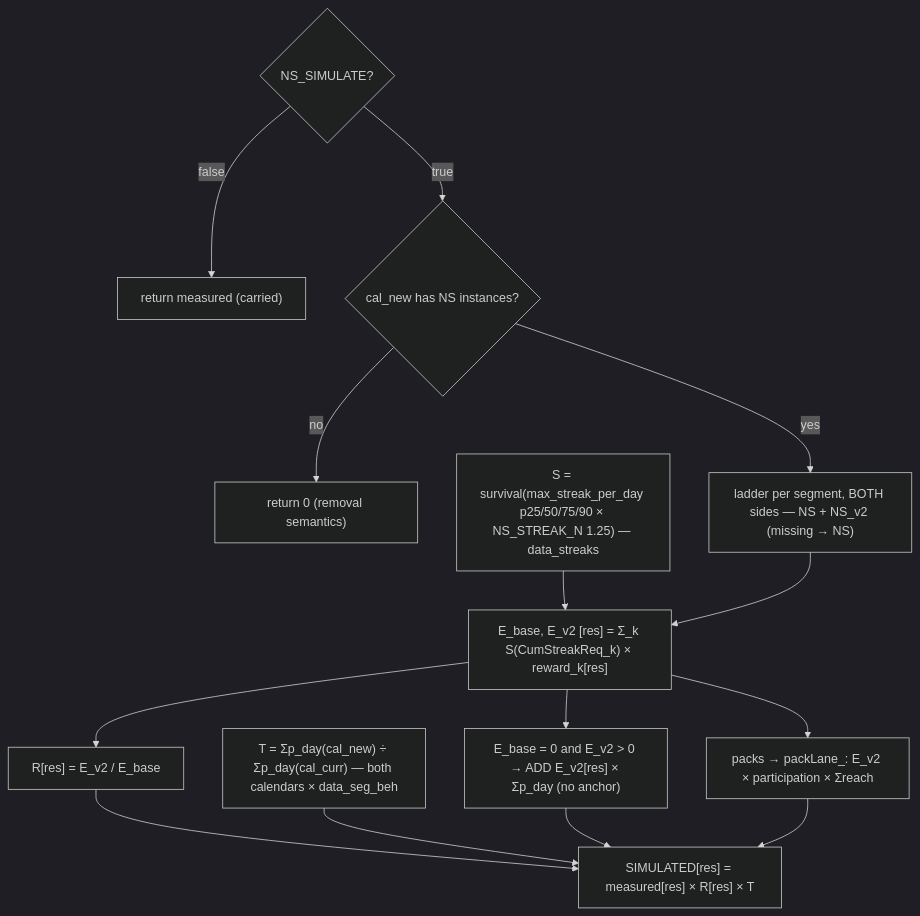
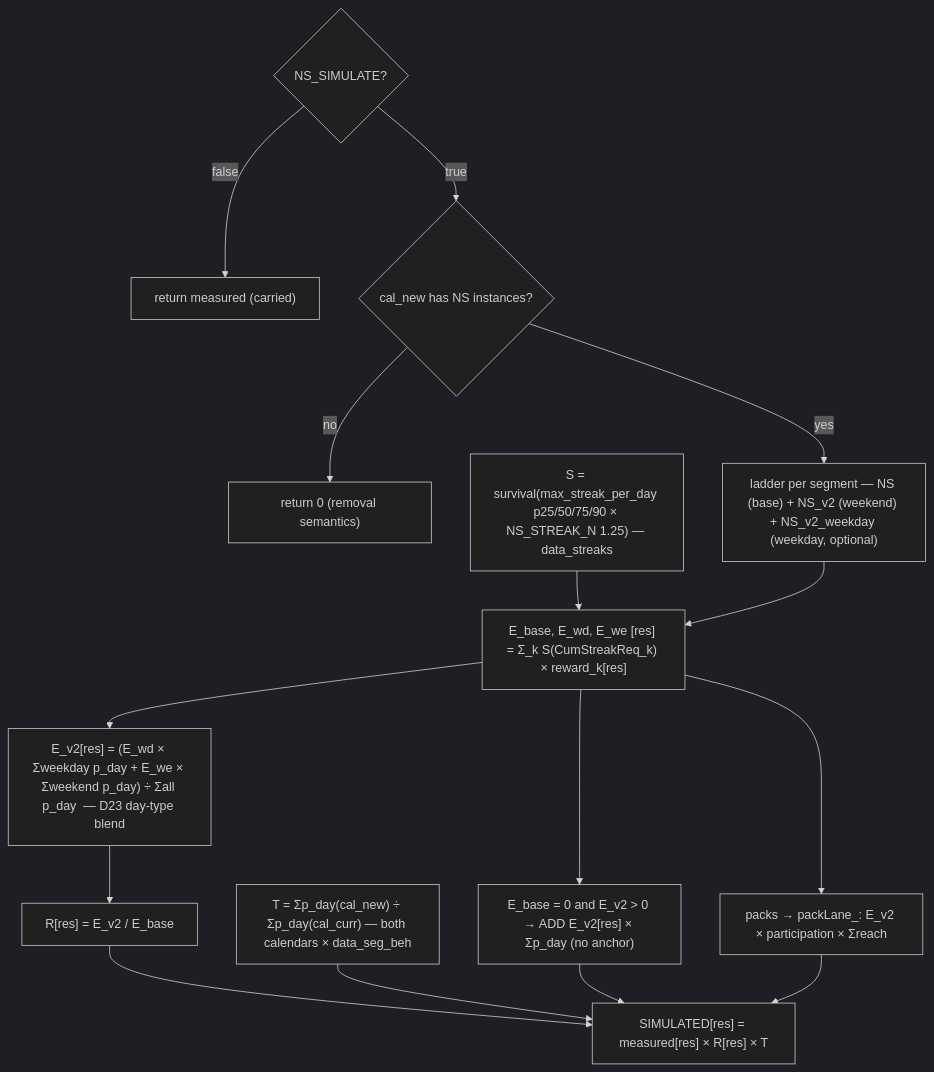
The eighth of 12 diagrams in SIMULATION_METHODOLOGY.md (Teatree/r_live_ops_2), drawn with Mermaid (dark theme) before and after one commit. The commit also changed other lines of this file and 14 other files, not shown here.

First line of the commit message:
Night Sky: a weekend variant and a weekday variant, weighted by day type

````diff
--- a/SIMULATION_METHODOLOGY.md
+++ b/SIMULATION_METHODOLOGY.md
@@ -1015,14 +1035,15 @@
 ```mermaid
 flowchart TD
   FLAG{"NS_SIMULATE?"} -->|false| CARRY["return measured (carried)"]
   FLAG -->|true| INST{"cal_new has NS instances?"}
   INST -->|no| ZERO["return 0 (removal semantics)"]
-  INST -->|yes| LAD["ladder per segment, BOTH sides — NS + NS_v2 (missing → NS)"]
+  INST -->|yes| LAD["ladder per segment — NS (base) + NS_v2 (weekend) + NS_v2_weekday (weekday, optional)"]
   ST["S = survival(max_streak_per_day p25/50/75/90 × NS_STREAK_N 1.25) — data_streaks"] --> E
-  LAD --> E["E_base, E_v2 [res] = Σ_k S(CumStreakReq_k) × reward_k[res]"]
-  E --> R["R[res] = E_v2 / E_base"]
+  LAD --> E["E_base, E_wd, E_we [res] = Σ_k S(CumStreakReq_k) × reward_k[res]"]
+  E --> BL["E_v2[res] = (E_wd × Σweekday p_day + E_we × Σweekend p_day) ÷ Σall p_day  — D23 day-type blend"]
+  BL --> R["R[res] = E_v2 / E_base"]
   R --> OUT["SIMULATED[res] = measured[res] × R[res] × T"]
   T["T = Σp_day(cal_new) ÷ Σp_day(cal_curr) — both calendars × data_seg_beh"] --> OUT
   E --> ADD["E_base = 0 and E_v2 > 0 → ADD E_v2[res] × Σp_day (no anchor)"] --> OUT
   E --> PK["packs → packLane_: E_v2 × participation × Σreach"] --> OUT
 ```
````
